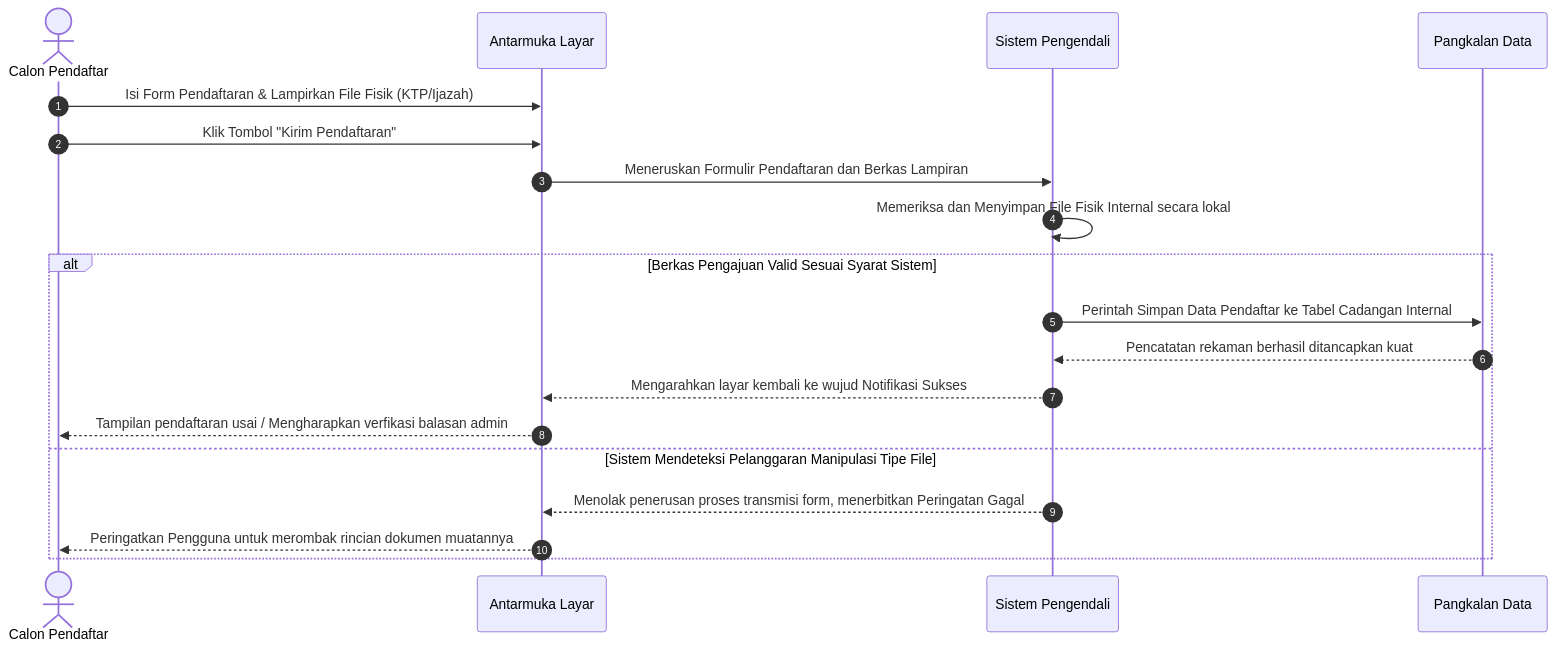
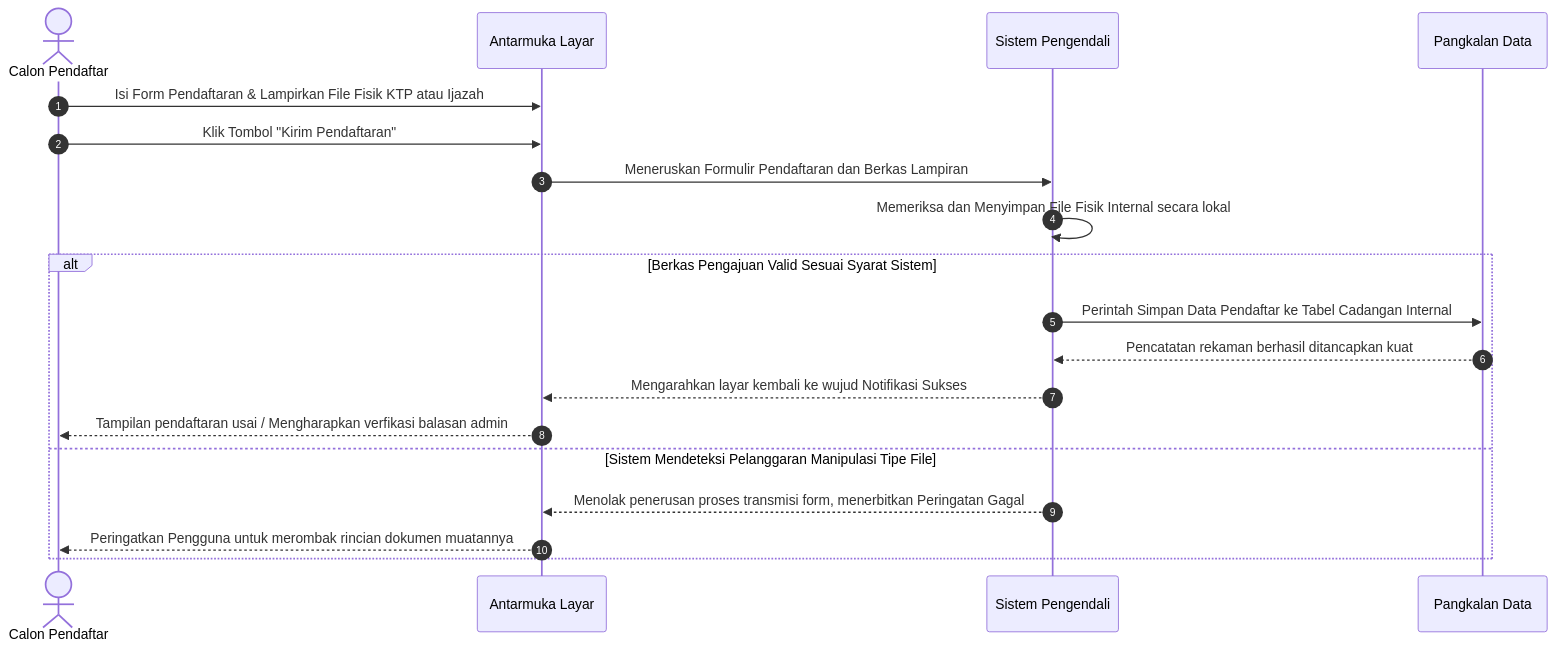
Before and after one commit to arbain-dev/Web_fikom: the seventh of 39 diagrams in docs/02_DIAGRAM_URUTAN_SEQUENCE.md, drawn with Mermaid. The commit also changed other lines of this file, not shown here.

````diff
--- a/docs/02_DIAGRAM_URUTAN_SEQUENCE.md
+++ b/docs/02_DIAGRAM_URUTAN_SEQUENCE.md
@@ -167,23 +167,23 @@
 ```mermaid
 sequenceDiagram
     autonumber
     actor User as Calon Pendaftar
     participant Frontend as Antarmuka Layar
     participant Backend as Sistem Pengendali
     participant Database as Pangkalan Data
 
-    User->>Frontend: Isi Form Pendaftaran & Lampirkan File Fisik (KTP/Ijazah)
+    User->>Frontend: Isi Form Pendaftaran & Lampirkan File Fisik KTP atau Ijazah
     User->>Frontend: Klik Tombol "Kirim Pendaftaran"
     Frontend->>Backend: Meneruskan Formulir Pendaftaran dan Berkas Lampiran
     Backend->>Backend: Memeriksa dan Menyimpan File Fisik Internal secara lokal
     
     alt Berkas Pengajuan Valid Sesuai Syarat Sistem
         Backend->>Database: Perintah Simpan Data Pendaftar ke Tabel Cadangan Internal
         Database-->>Backend: Pencatatan rekaman berhasil ditancapkan kuat
         Backend-->>Frontend: Mengarahkan layar kembali ke wujud Notifikasi Sukses
         Frontend-->>User: Tampilan pendaftaran usai / Mengharapkan verfikasi balasan admin
     else Sistem Mendeteksi Pelanggaran Manipulasi Tipe File
         Backend-->>Frontend: Menolak penerusan proses transmisi form, menerbitkan Peringatan Gagal
         Frontend-->>User: Peringatkan Pengguna untuk merombak rincian dokumen muatannya
     end
 ```
````
